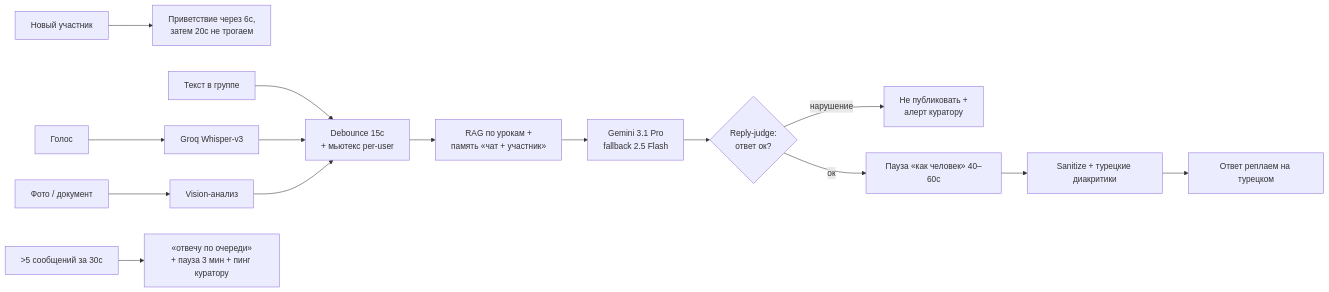
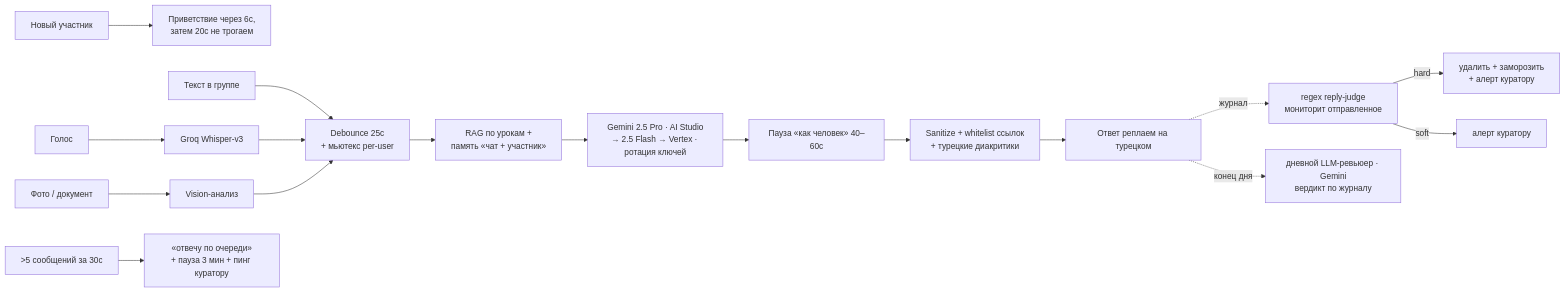
The diagram in 07-turkish-curator/README.md (olgageliskhanova/automation-cases), drawn with Mermaid before and after one commit. The commit also changed other lines of this file, not shown here.

Commit message:
07-turkish-curator: модель AI Studio 2.5 Pro (не Vertex 3.1), двухслойная модерация пост-фактум (regex + дневной LLM-ревьюер), ротация ключей, debounce 25с

````diff
--- a/07-turkish-curator/README.md
+++ b/07-turkish-curator/README.md
@@ -30,15 +30,17 @@
 ```mermaid
 flowchart LR
   J[Новый участник] --> WEL[Приветствие через 6с,<br/>затем 20с не трогаем]
   M[Текст в группе] --> BUF
   V[Голос] --> STT[Groq Whisper-v3] --> BUF
   P[Фото / документ] --> VIS[Vision-анализ] --> BUF
-  BUF[Debounce 15с<br/>+ мьютекс per-user] --> CTX[RAG по урокам +<br/>память «чат + участник»]
-  CTX --> GEN[Gemini 3.1 Pro<br/>fallback 2.5 Flash]
-  GEN --> JUDGE{Reply-judge:<br/>ответ ок?}
-  JUDGE -->|нарушение| ESC[Не публиковать +<br/>алерт куратору]
-  JUDGE -->|ок| PACE[Пауза «как человек» 40–60с]
-  PACE --> SAN[Sanitize + турецкие диакритики]
+  BUF[Debounce 25с<br/>+ мьютекс per-user] --> CTX[RAG по урокам +<br/>память «чат + участник»]
+  CTX --> GEN[Gemini 2.5 Pro · AI Studio<br/>→ 2.5 Flash → Vertex · ротация ключей]
+  GEN --> PACE[Пауза «как человек» 40–60с]
+  PACE --> SAN[Sanitize + whitelist ссылок<br/>+ турецкие диакритики]
   SAN --> OUT[Ответ реплаем на турецком]
+  OUT -.журнал.-> RJ[regex reply-judge<br/>мониторит отправленное]
+  RJ -->|hard| DEL[удалить + заморозить<br/>+ алерт куратору]
+  RJ -->|soft| AL[алерт куратору]
+  OUT -.конец дня.-> DR[дневной LLM-ревьюер · Gemini<br/>вердикт по журналу]
   FLOOD[>5 сообщений за 30с] --> THR["«отвечу по очереди»<br/>+ пауза 3 мин + пинг куратору"]
 ```
````
